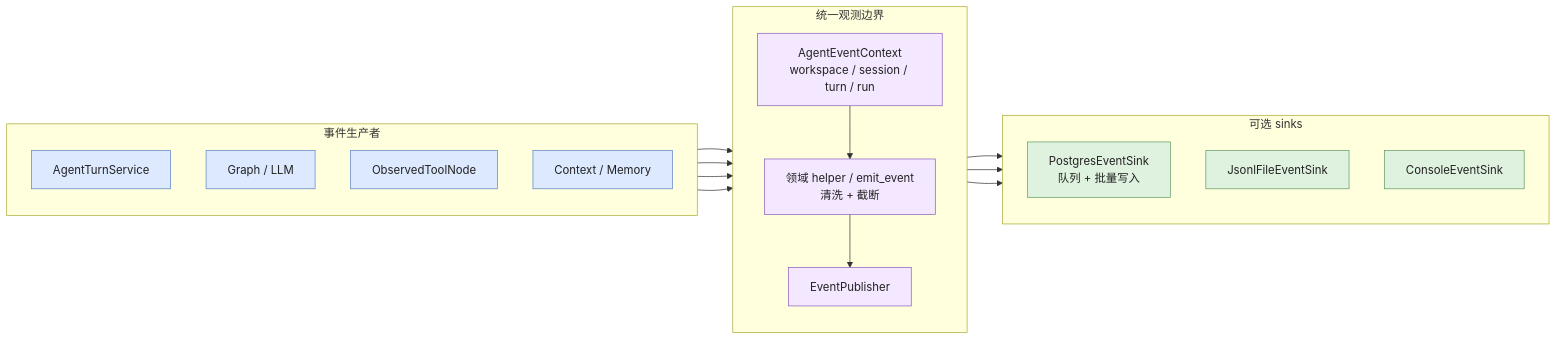
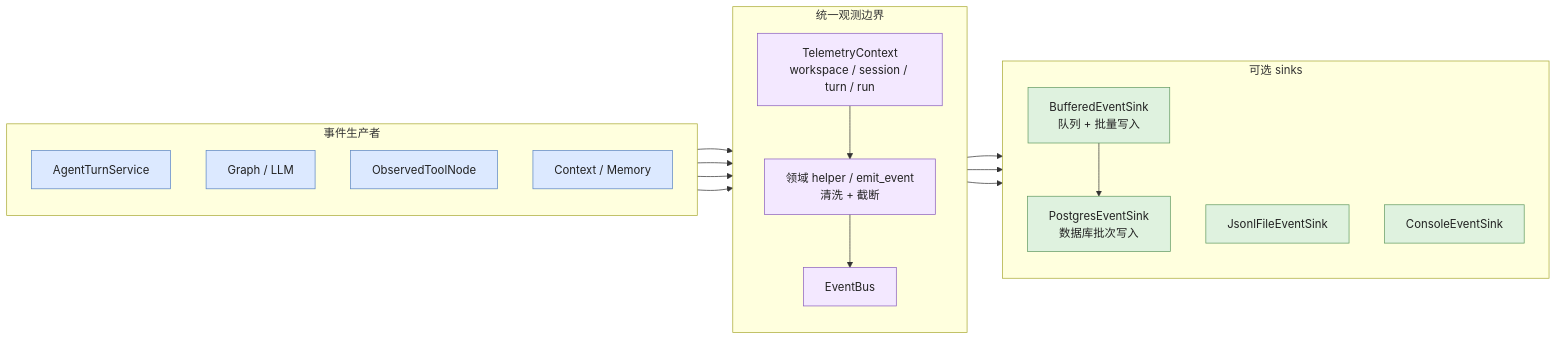
One commit to Dzheng2250/learn_langchain changed the fifth of 5 diagrams in docs/agent-execution-architecture.md. Above: the diagram before and after it, drawn with Mermaid. The commit also changed other lines of this file and 35 other files, not shown here.

````diff
--- a/docs/agent-execution-architecture.md
+++ b/docs/agent-execution-architecture.md
@@ -847,40 +855,41 @@
 ```mermaid
 flowchart LR
     subgraph Producers["事件生产者"]
         direction TB
         Service["AgentTurnService"]
         Graph["Graph / LLM"]
         Tool["ObservedToolNode"]
         Context["Context / Memory"]
     end
 
     subgraph Bus["统一观测边界"]
         direction TB
-        Identity["AgentEventContext<br/>workspace / session / turn / run"]
+        Identity["TelemetryContext<br/>workspace / session / turn / run"]
         Emit["领域 helper / emit_event<br/>清洗 + 截断"]
-        Publisher["EventPublisher"]
+        Publisher["EventBus"]
         Identity --> Emit --> Publisher
     end
 
     subgraph Sinks["可选 sinks"]
         direction TB
-        Pg["PostgresEventSink<br/>队列 + 批量写入"]
+        Buffer["BufferedEventSink<br/>队列 + 批量写入"]
+        Pg["PostgresEventSink<br/>数据库批次写入"]
         File["JsonlFileEventSink"]
         Console["ConsoleEventSink"]
     end
 
     Service --> Emit
     Graph --> Emit
     Tool --> Emit
     Context --> Emit
-    Publisher --> Pg
+    Publisher --> Buffer --> Pg
     Publisher --> File
     Publisher --> Console
 
     classDef producer fill:#dce9ff,stroke:#5b85c5,color:#222;
     classDef bus fill:#f3e8ff,stroke:#8b5fbf,color:#222;
     classDef sink fill:#dff2df,stroke:#629b62,color:#222;
     class Service,Graph,Tool,Context producer;
     class Identity,Emit,Publisher bus;
-    class Pg,File,Console sink;
+    class Buffer,Pg,File,Console sink;
 ```
````
